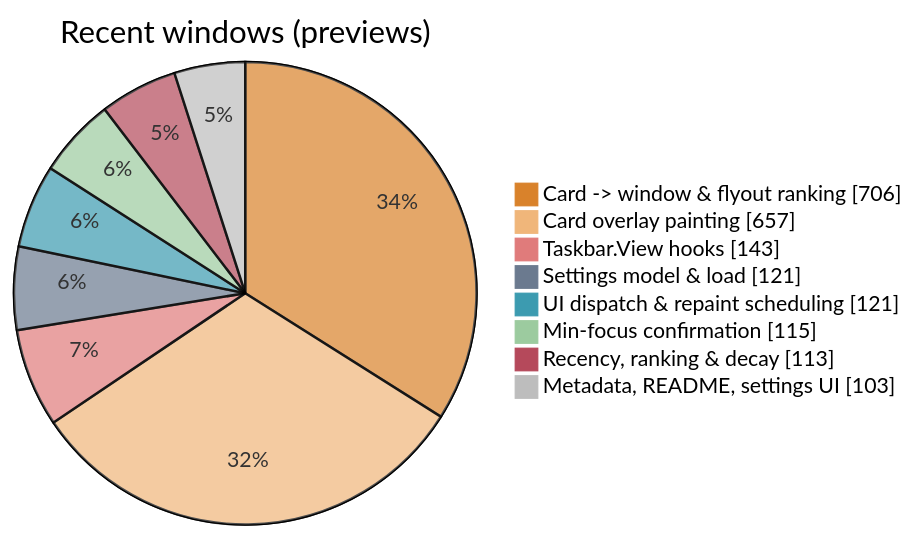
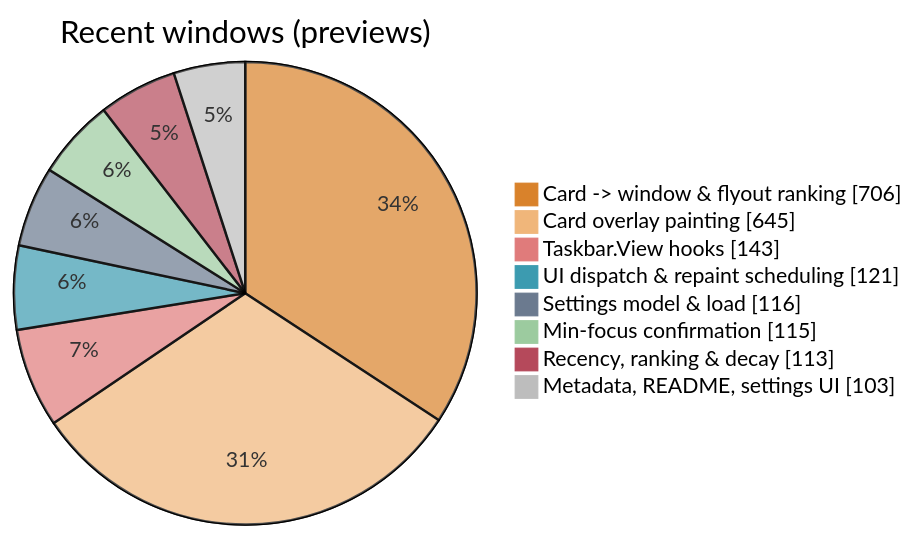
The fifth of 5 diagrams in doc/code/code-breakdown.md (jvlasek/taskbar-recent-focus-highlight), drawn with Mermaid before and after one commit. The commit also changed other lines of this file and 10 other files, not shown here.

````diff
--- a/doc/code/code-breakdown.md
+++ b/doc/code/code-breakdown.md
@@ -153,12 +153,12 @@
 ```mermaid
-%%{init: {"themeVariables": {"pie1": "#D9822B", "pie2": "#F0B67A", "pie3": "#E07B7B", "pie4": "#6B7A8F", "pie5": "#3C9BB0", "pie6": "#9CCB9F", "pie7": "#B5495B", "pie8": "#BDBDBD", "pieOuterStrokeWidth": "1px"}}}%%
+%%{init: {"themeVariables": {"pie1": "#D9822B", "pie2": "#F0B67A", "pie3": "#E07B7B", "pie4": "#3C9BB0", "pie5": "#6B7A8F", "pie6": "#9CCB9F", "pie7": "#B5495B", "pie8": "#BDBDBD", "pieOuterStrokeWidth": "1px"}}}%%
 pie showData title Recent windows (previews)
     "Card -> window & flyout ranking" : 706
-    "Card overlay painting" : 657
+    "Card overlay painting" : 645
     "Taskbar.View hooks" : 143
-    "Settings model & load" : 121
     "UI dispatch & repaint scheduling" : 121
+    "Settings model & load" : 116
     "Min-focus confirmation" : 115
     "Recency, ranking & decay" : 113
     "Metadata, README, settings UI" : 103
 ```
````
